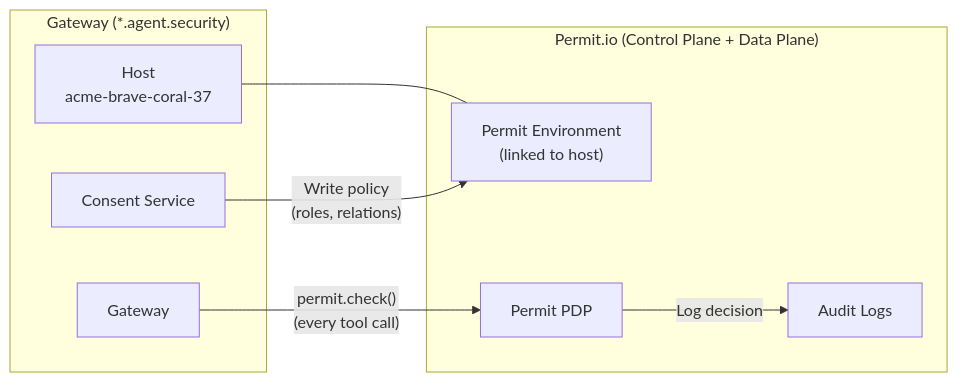
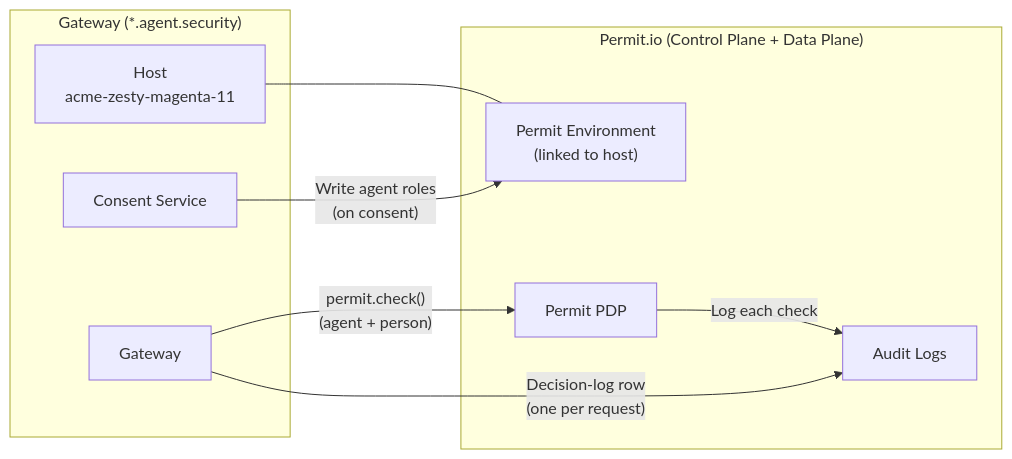
Before and after one commit to permitio/docs: the first of 8 diagrams in docs/permit-mcp-gateway/architecture.mdx, drawn with Mermaid. The commit also changed other lines of this file and 126 other files, not shown here.

First line of the commit message:
PER-19035: docs(mcp-gateway): refresh the Permit MCP Gateway docs and screenshots against production

````diff
--- a/docs/permit-mcp-gateway/architecture.mdx
+++ b/docs/permit-mcp-gateway/architecture.mdx
@@ -68,19 +71,20 @@
 ```mermaid
 flowchart LR
   subgraph "Gateway (*.agent.security)"
-    Host["Host<br/>acme-brave-coral-37"]
+    Host["Host<br/>acme-zesty-magenta-11"]
     GW["Gateway"]
     CS["Consent Service"]
   end
 
   subgraph "Permit.io (Control Plane + Data Plane)"
     Env["Permit Environment<br/>(linked to host)"]
     PDP["Permit PDP"]
     Audit["Audit Logs"]
   end
 
   Host --- Env
-  CS -->|"Write policy<br/>(roles, relations)"| Env
-  GW -->|"permit.check()<br/>(every tool call)"| PDP
-  PDP -->|"Log decision"| Audit
+  CS -->|"Write agent roles<br/>(on consent)"| Env
+  GW -->|"permit.check()<br/>(agent + person)"| PDP
+  PDP -->|"Log each check"| Audit
+  GW -->|"Decision-log row<br/>(one per request)"| Audit
 ```
````
